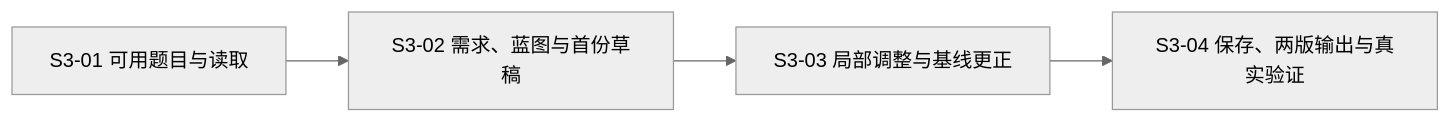
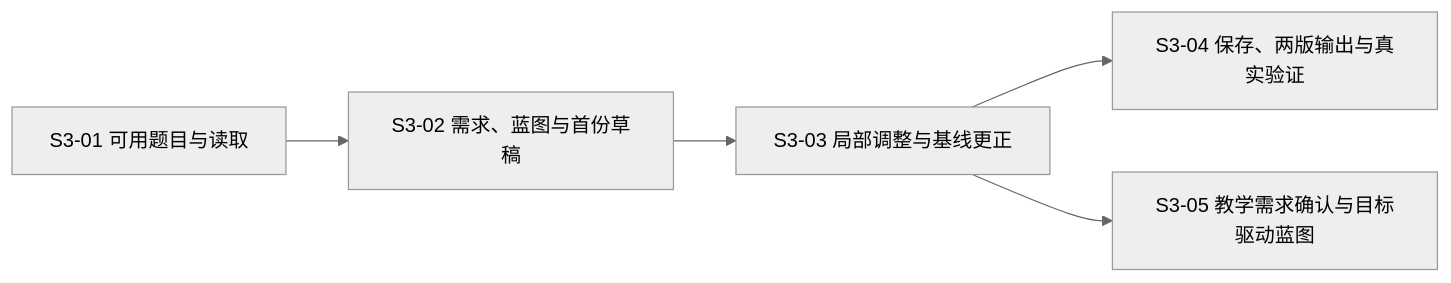
The diagram in docs/tasks/mvp-implementation.md (mrzys/tutor), drawn with Mermaid (neutral theme) before and after one commit. The commit also changed other lines of this file and 189 other files, not shown here.

````diff
--- a/docs/tasks/mvp-implementation.md
+++ b/docs/tasks/mvp-implementation.md
@@ -11,6 +11,7 @@
 ```mermaid
 flowchart LR
     source["S3-01 可用题目与读取"] --> draft["S3-02 需求、蓝图与首份草稿"]
     draft --> edit["S3-03 局部调整与基线更正"]
     edit --> deliver["S3-04 保存、两版输出与真实验证"]
+    edit --> goals["S3-05 教学需求确认与目标驱动蓝图"]
 ```
````
